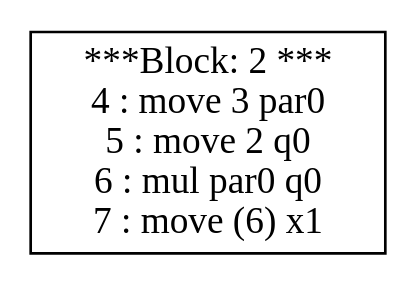
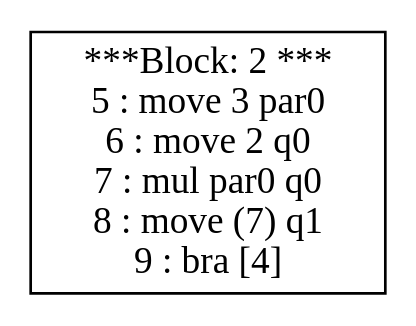
Before and after one commit to vigneshjathavara/PL241-Compiler: the diagram in src/Display/dotOutput_foo.gv, drawn with Graphviz. The commit also changed 15 other files, not shown here.

Commit message:
Interference Graph Creation

```diff
--- a/src/Display/dotOutput_foo.gv
+++ b/src/Display/dotOutput_foo.gv
@@ -1,4 +1,4 @@
 digraph structs {
-2 [shape=record,label="***Block: 2 ***\n4 : move 3 par0 \n5 : move 2 q0 \n6 : mul par0 q0 \n7 : move (6) x1 \n"]
+2 [shape=record,label="***Block: 2 ***\n5 : move 3 par0 \n6 : move 2 q0 \n7 : mul par0 q0 \n8 : move (7) q1 \n9 : bra [4]\n"]
 
 }
```
